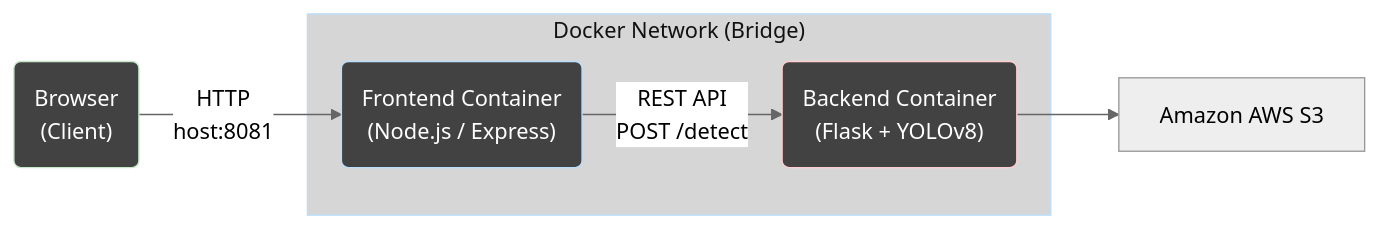
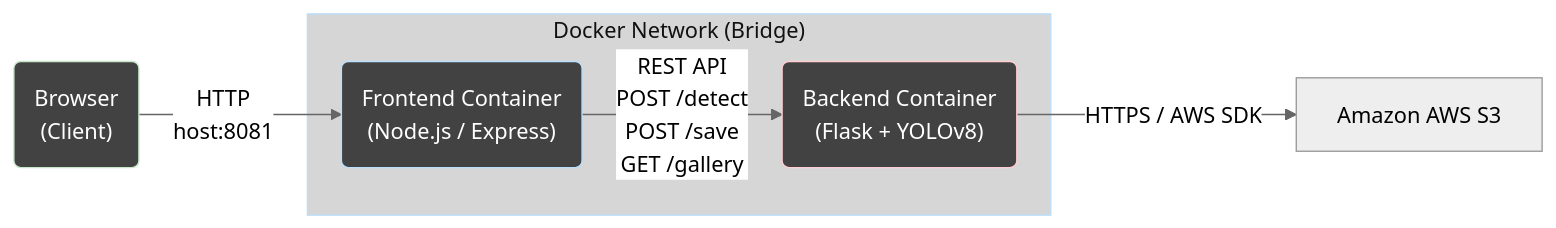
The diagram in README.md (zachdyszelwcu/csc468project), drawn with Mermaid before and after one commit.

````diff
--- a/README.md
+++ b/README.md
@@ -6,20 +6,20 @@
 ```mermaid
 ---
 config:
   theme: neutral
 ---
 flowchart LR
  subgraph DN["Docker Network (Bridge)"]
         B("Frontend Container<br>(Node.js / Express)")
         C("Backend Container<br>(Flask + YOLOv8)")
   end
     A("Browser<br>(Client)") -- HTTP<br>host:8081 --> B
-    B -- REST API<br>POST /detect --> C
-    C --> n1["Amazon AWS S3"]
+    B -- REST API<br>POST /detect<br>POST /save<br>GET /gallery --> C
+    C -- HTTPS / AWS SDK --> n1["Amazon AWS S3"]
 
     n1@{ shape: rect}
     style B color:#FFFFFF,fill:#424242,stroke:#BBDEFB
     style C color:#FFFFFF,fill:#424242,stroke:#FFCDD2
     style A color:#FFFFFF,fill:#424242,stroke:#C8E6C9
     style DN color:#111111,fill:#D6D6D6,stroke:#BBDEFB
 ```
````
